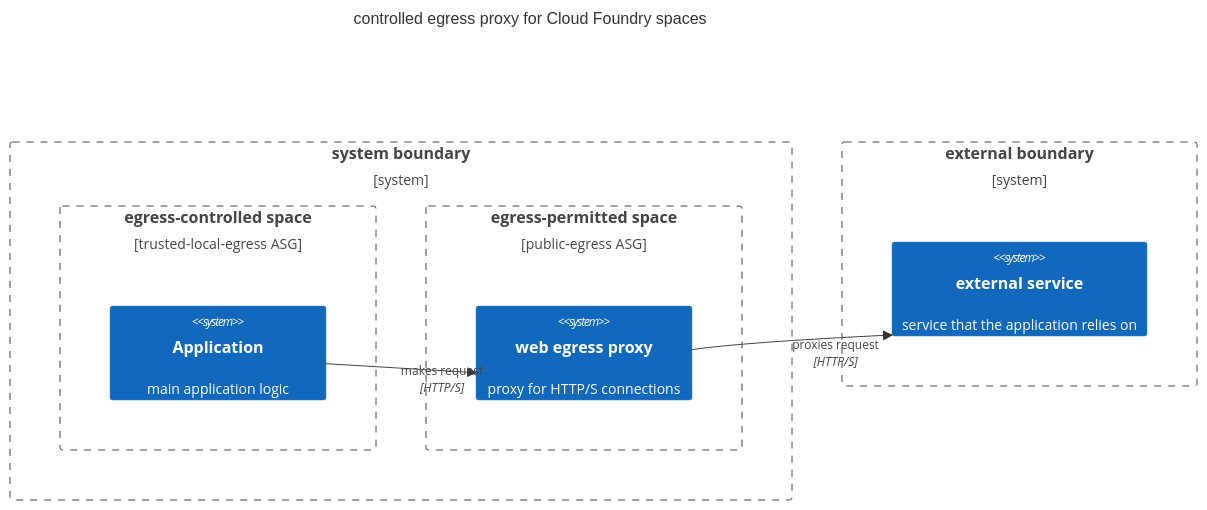
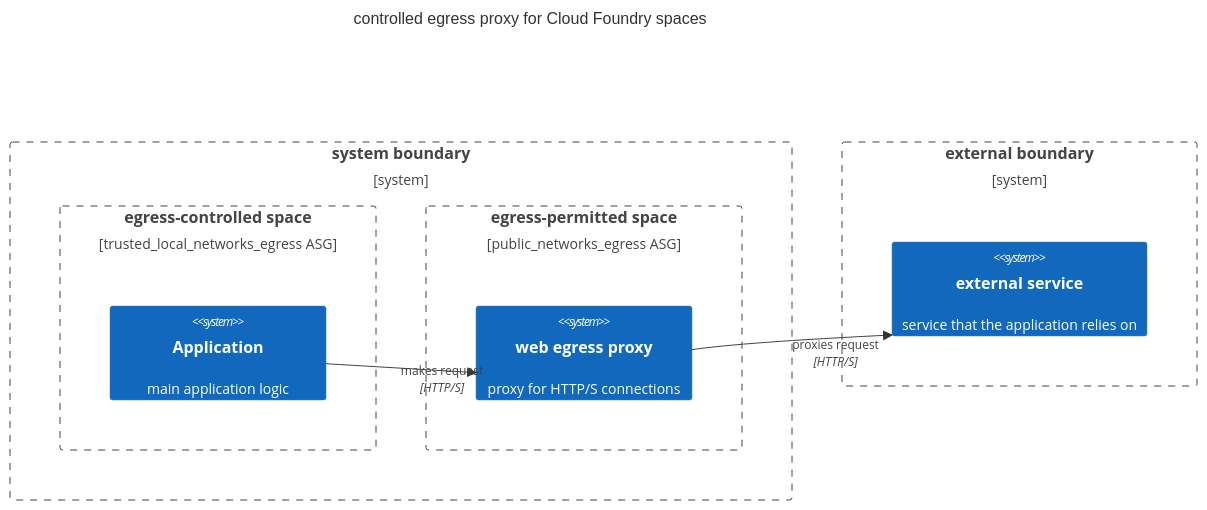
Before and after one commit to GSA-TTS/cg-egress-proxy: the diagram in README.md, drawn with Mermaid. The commit also changed other lines of this file, not shown here.

````diff
--- a/README.md
+++ b/README.md
@@ -31,20 +31,20 @@
 ```mermaid
     C4Context
       title controlled egress proxy for Cloud Foundry spaces
       Boundary(system, "system boundary") {
-          Boundary(trusted_local_egress, "egress-controlled space", "trusted-local-egress ASG") {
+          Boundary(trusted_local_egress, "egress-controlled space", "trusted_local_networks_egress ASG") {
             System(application, "Application", "main application logic")
           }
 
-          Boundary(public_egress, "egress-permitted space", "public-egress ASG") {
+          Boundary(public_egress, "egress-permitted space", "public_networks_egress ASG") {
             System(https_proxy, "web egress proxy", "proxy for HTTP/S connections")
           }
       }
 
       Boundary(external_boundary, "external boundary") {
         System(external_service, "external service", "service that the application relies on")
       }
 
       Rel(application, https_proxy, "makes request", "HTTP/S")
       Rel(https_proxy, external_service, "proxies request", "HTTP/S")
 ```
````
